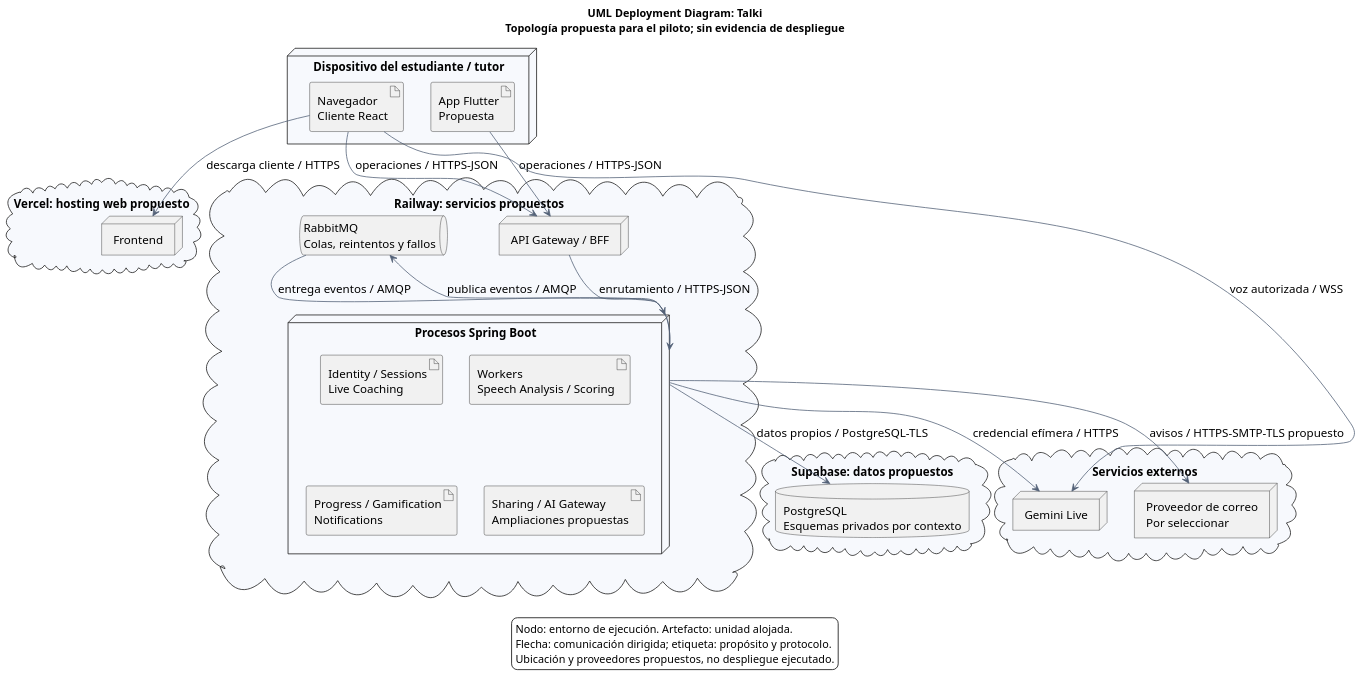
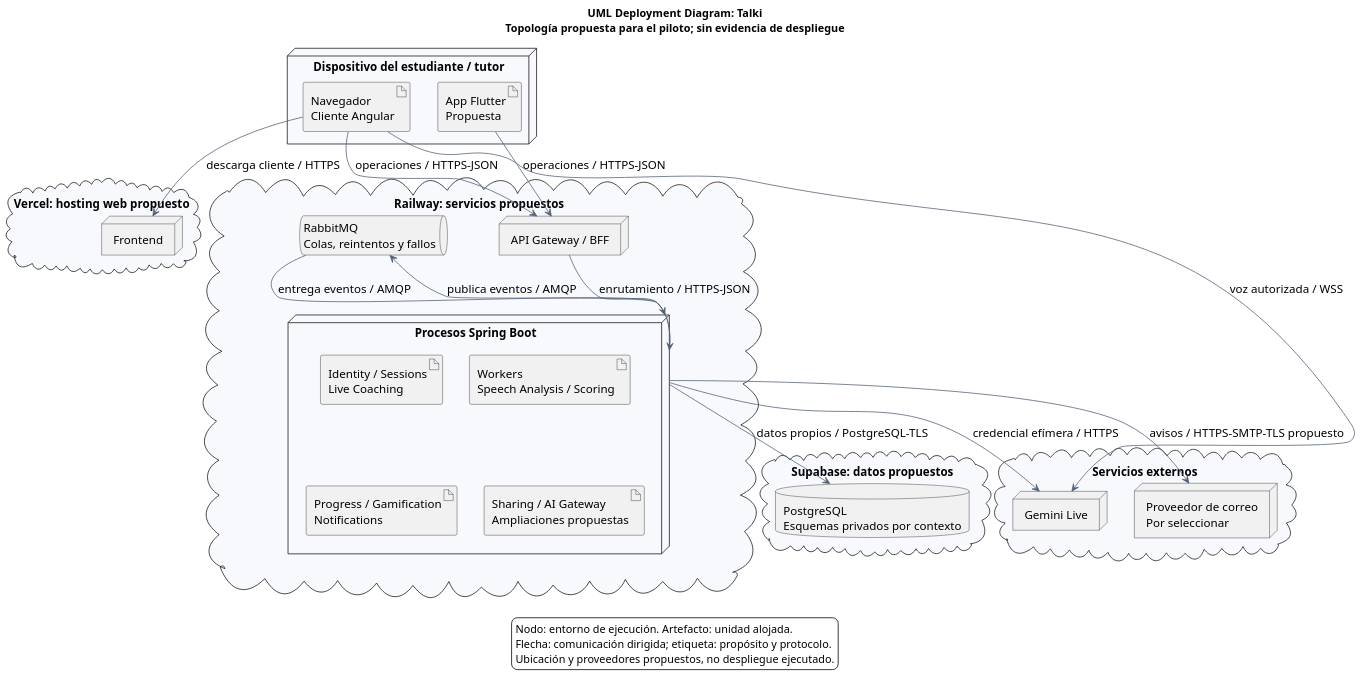
One commit to upc-pre-202620-si728-16365-thropic/talki-project-report changed the diagram in assets/diagrams/c4/deployment.puml. Above: the diagram before and after it, drawn with PlantUML. The commit also changed 15 other files, not shown here.

First line of the commit message:
docs(architecture): alinea contextos, cierre y privacidad con el diseño táctico

```diff
--- a/assets/diagrams/c4/deployment.puml
+++ b/assets/diagrams/c4/deployment.puml
@@ -1,57 +1,57 @@
 @startuml
 skinparam defaultFontName Arial
 skinparam defaultFontSize 15
 skinparam shadowing false
 skinparam componentStyle uml2
 skinparam backgroundColor white
 skinparam componentBackgroundColor #EAF0FF
 skinparam componentBorderColor #1749B5
 skinparam ArrowColor #536177
 skinparam packageBackgroundColor #F7F9FD
 skinparam dpi 130
 skinparam nodesep 35
 skinparam ranksep 50
 title
 UML Deployment Diagram: Talki
 Topología propuesta para el piloto; sin evidencia de despliegue
 end title
 node "Dispositivo del estudiante / tutor" {
-  artifact "Navegador\nCliente React" as browser
+  artifact "Navegador\nCliente Angular" as browser
   artifact "App Flutter\nPropuesta" as mobile
 }
 cloud "Vercel: hosting web propuesto" {
   node "Frontend" as frontend
 }
 cloud "Railway: servicios propuestos" {
   node "API Gateway / BFF" as gateway
   node "Procesos Spring Boot" as services {
     artifact "Identity / Sessions\nLive Coaching" as core
     artifact "Workers\nSpeech Analysis / Scoring" as workers
     artifact "Progress / Gamification\nNotifications" as support
     artifact "Sharing / AI Gateway\nAmpliaciones propuestas" as extension
   }
   queue "RabbitMQ\nColas, reintentos y fallos" as broker
 }
 cloud "Supabase: datos propuestos" {
   database "PostgreSQL\nEsquemas privados por contexto" as pg
 }
 cloud "Servicios externos" {
   node "Gemini Live" as ai
   node "Proveedor de correo\nPor seleccionar" as mail
 }
 browser --> frontend : descarga cliente / HTTPS
 browser --> gateway : operaciones / HTTPS-JSON
 mobile --> gateway : operaciones / HTTPS-JSON
 gateway --> services : enrutamiento / HTTPS-JSON
 services --> broker : publica eventos / AMQP
 broker --> services : entrega eventos / AMQP
 services --> pg : datos propios / PostgreSQL-TLS
 services --> ai : credencial efímera / HTTPS
 browser -[norank]-> ai : voz autorizada / WSS
 services --> mail : avisos / HTTPS-SMTP-TLS propuesto
 legend bottom
 Nodo: entorno de ejecución. Artefacto: unidad alojada.
 Flecha: comunicación dirigida; etiqueta: propósito y protocolo.
 Ubicación y proveedores propuestos, no despliegue ejecutado.
 endlegend
 @enduml
```
